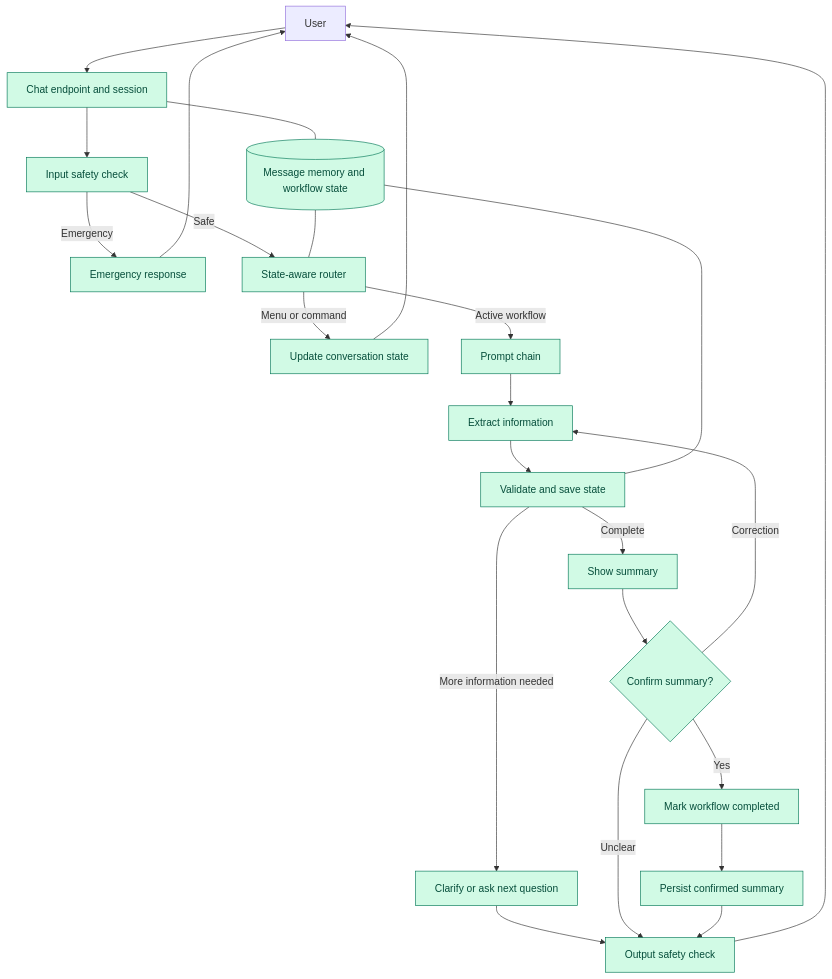
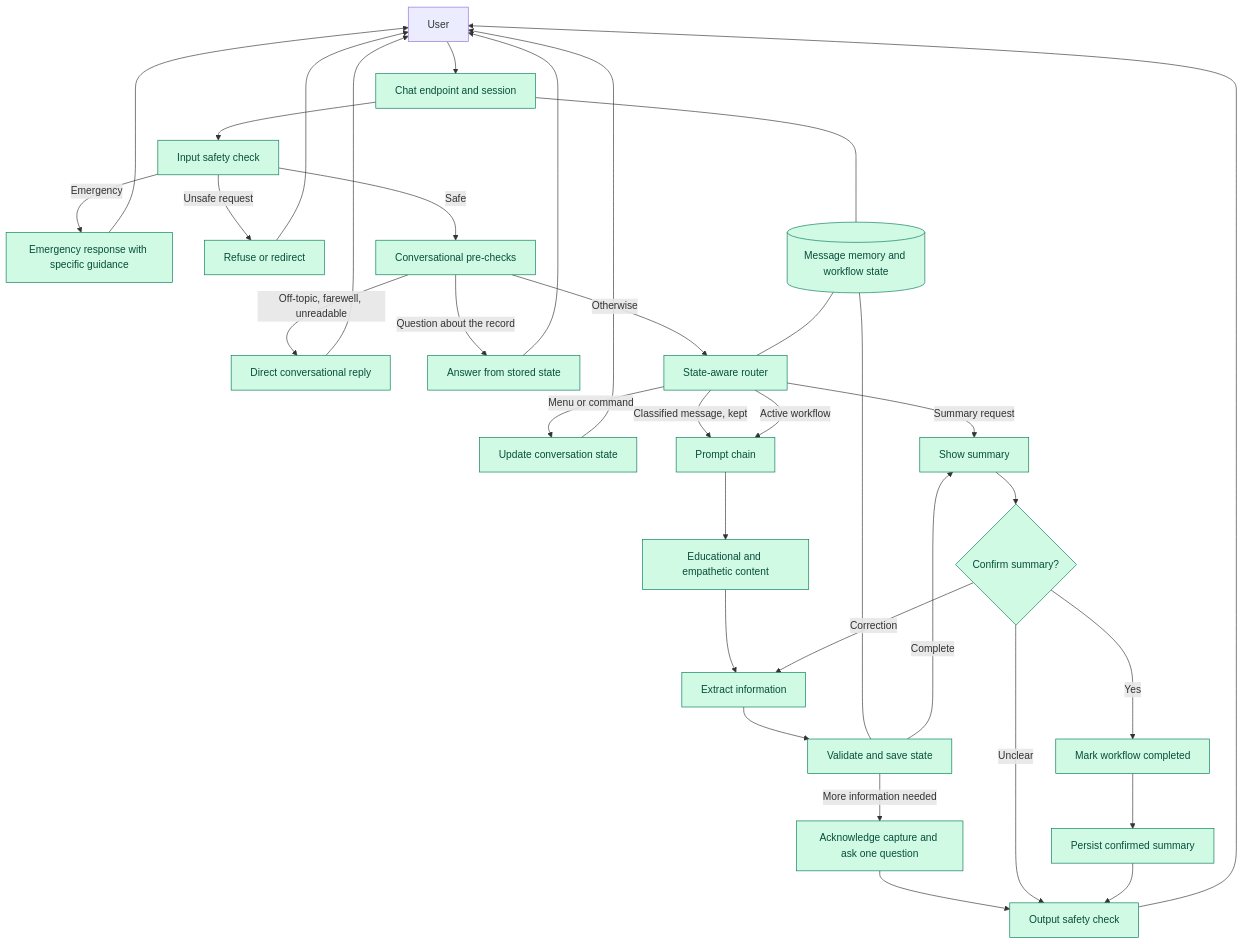
The diagram in documentation/prompt_chaining_architecture.md (Thanushri16/Patient-Visit-Preparation-AI-Assistant), drawn with Mermaid before and after one commit. The commit also changed other lines of this file and 34 other files, not shown here.

````diff
--- a/documentation/prompt_chaining_architecture.md
+++ b/documentation/prompt_chaining_architecture.md
@@ -11,34 +11,45 @@
 ```mermaid
 flowchart TD
     USER[User] --> CHAT[Chat endpoint and session]
     CHAT --> SAFETY[Input safety check]
-    SAFETY -->|Emergency| EMERGENCY[Emergency response]
-    SAFETY -->|Safe| ROUTER[State-aware router]
+    SAFETY -->|Emergency| EMERGENCY[Emergency response with specific guidance]
+    SAFETY -->|Unsafe request| REFUSE[Refuse or redirect]
+    SAFETY -->|Safe| PRECHECK[Conversational pre-checks]
+
+    PRECHECK -->|Off-topic, farewell, unreadable| ASIDE[Direct conversational reply]
+    PRECHECK -->|Question about the record| RECALL[Answer from stored state]
+    PRECHECK -->|Otherwise| ROUTER[State-aware router]
 
     ROUTER -->|Menu or command| STATE[Update conversation state]
-    ROUTER -->|Active workflow| CHAIN[Prompt chain]
+    ROUTER -->|Summary request| SUMMARY
+    ROUTER -->|Classified message, kept| CHAIN[Prompt chain]
+    ROUTER -->|Active workflow| CHAIN
 
-    CHAIN --> EXTRACT[Extract information]
+    CHAIN --> GUIDE[Educational and empathetic content]
+    GUIDE --> EXTRACT[Extract information]
     EXTRACT --> VALIDATE[Validate and save state]
-    VALIDATE -->|More information needed| QUESTION[Clarify or ask next question]
+    VALIDATE -->|More information needed| QUESTION[Acknowledge capture and ask one question]
     QUESTION --> OUTPUT[Output safety check]
     VALIDATE -->|Complete| SUMMARY[Show summary]
     SUMMARY --> CONFIRM{Confirm summary?}
     CONFIRM -->|Correction| EXTRACT
     CONFIRM -->|Yes| COMPLETE[Mark workflow completed]
     COMPLETE --> PERSIST[Persist confirmed summary]
 
     STATE --> USER
     EMERGENCY --> USER
+    REFUSE --> USER
+    ASIDE --> USER
+    RECALL --> USER
     CONFIRM -->|Unclear| OUTPUT
     PERSIST --> OUTPUT
     OUTPUT --> USER
 
     CHAT --- STORE[(Message memory and workflow state)]
     STORE --- ROUTER
     STORE --- VALIDATE
 
-    class CHAT,SAFETY,EMERGENCY,ROUTER,STATE,STORE,CHAIN,EXTRACT,VALIDATE,QUESTION,SUMMARY,CONFIRM,COMPLETE,PERSIST,OUTPUT implemented;
+    class CHAT,SAFETY,EMERGENCY,REFUSE,PRECHECK,ASIDE,RECALL,ROUTER,STATE,STORE,CHAIN,GUIDE,EXTRACT,VALIDATE,QUESTION,SUMMARY,CONFIRM,COMPLETE,PERSIST,OUTPUT implemented;
 
     classDef implemented fill:#d1fae5,stroke:#047857,color:#064e3b;
 ```
````
